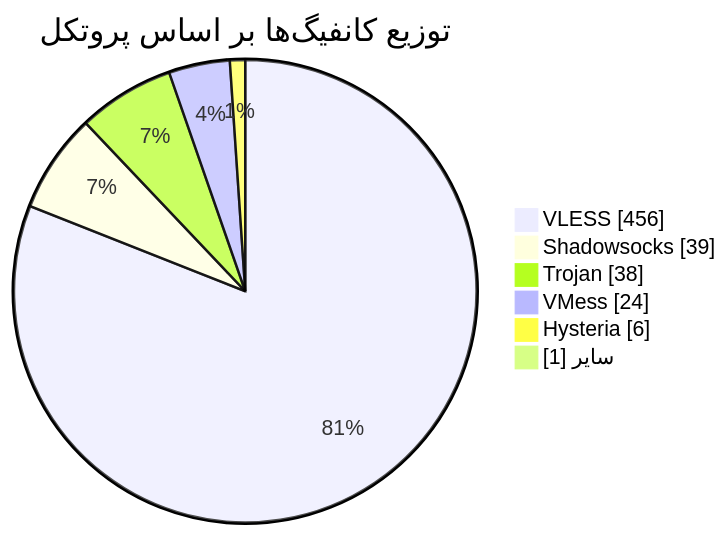
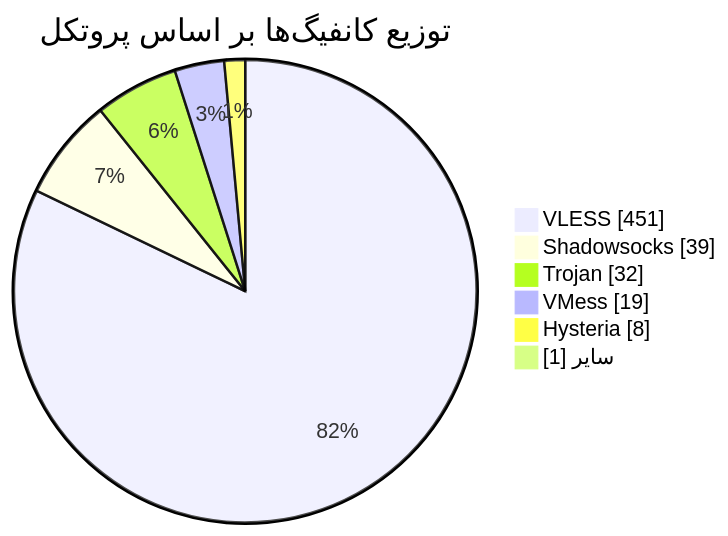
One commit to Arian-Alijani/Somthing changed the diagram in README.md. Above: the diagram before and after it, drawn with Mermaid. The commit also changed other lines of this file and 69 other files, not shown here.

````diff
--- a/README.md
+++ b/README.md
@@ -48,10 +48,10 @@
 ```mermaid
 pie showData
     title توزیع کانفیگ‌ها بر اساس پروتکل
-    "VLESS" : 456
+    "VLESS" : 451
     "Shadowsocks" : 39
-    "Trojan" : 38
-    "VMess" : 24
-    "Hysteria" : 6
+    "Trojan" : 32
+    "VMess" : 19
+    "Hysteria" : 8
     "سایر" : 1
 ```
````
